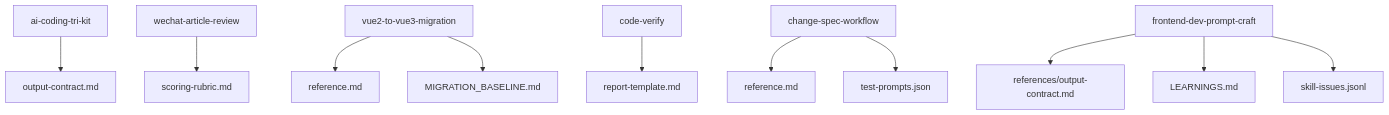
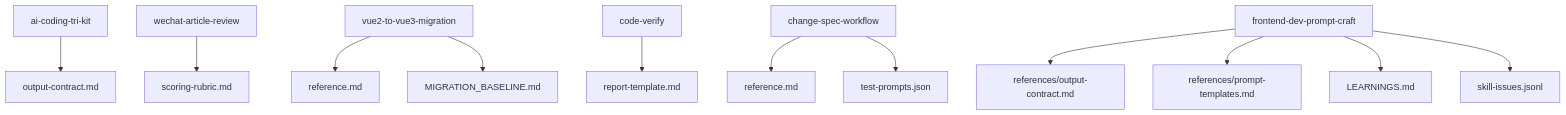
One commit to yangmeishux/frontend-team-marketplace changed the ninth of 9 diagrams in .qoder/repowiki/zh/content/现有技能示例/现有技能示例.md. Above: the diagram before and after it, drawn with Mermaid. The commit also changed other lines of this file and 4 other files, not shown here.

````diff
--- a/.qoder/repowiki/zh/content/现有技能示例/现有技能示例.md
+++ b/.qoder/repowiki/zh/content/现有技能示例/现有技能示例.md
@@ -392,13 +402,14 @@
 ```mermaid
 graph TB
 A["ai-coding-tri-kit"] --> OC["output-contract.md"]
 B["wechat-article-review"] --> SR["scoring-rubric.md"]
 C["vue2-to-vue3-migration"] --> REF["reference.md"]
 C --> BASE["MIGRATION_BASELINE.md"]
 D["code-verify"] --> RT["report-template.md"]
 E["change-spec-workflow"] --> RF["reference.md"]
 E --> TP["test-prompts.json"]
 F["frontend-dev-prompt-craft"] --> FO["references/output-contract.md"]
+F --> PT["references/prompt-templates.md"]
 F --> LT["LEARNINGS.md"]
 F --> SI["skill-issues.jsonl"]
 ```
````
